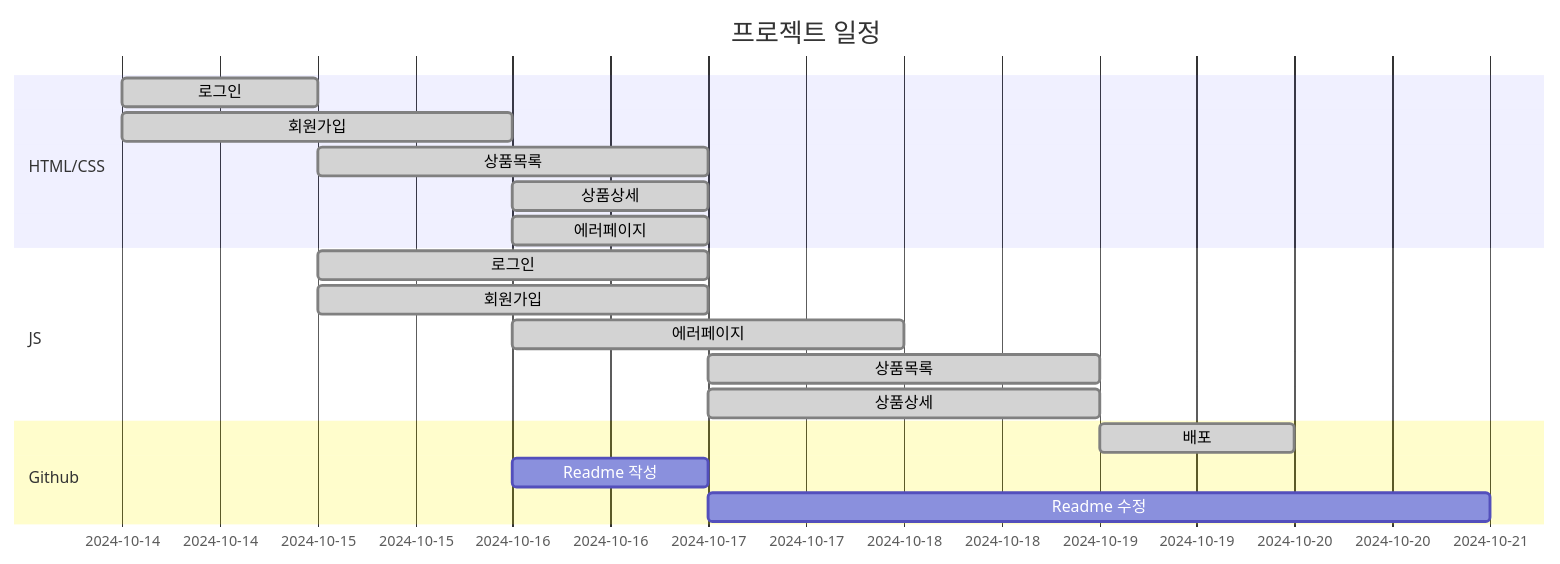
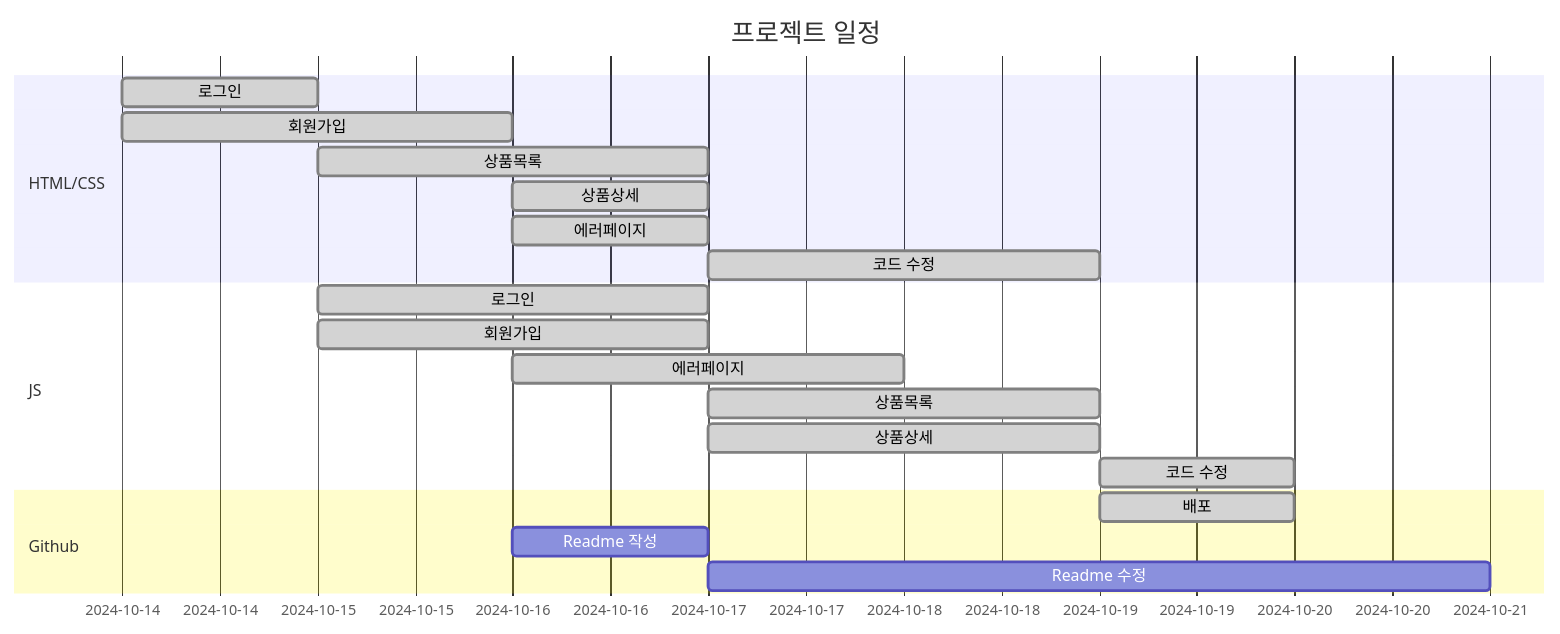
The diagram in README.md (jini0012/Open_market_service), drawn with Mermaid before and after one commit. The commit also changed other lines of this file, not shown here.

````diff
--- a/README.md
+++ b/README.md
@@ -88,22 +87,25 @@
 ```mermaid
 gantt
     title 프로젝트 일정
     dateFormat  YYYY-MM-DD
-    section HTML/CSS
-    로그인     :done, 2024-10-14, 1d
+section HTML/CSS
+    로그인     :done, login1, 2024-10-14, 1d
     회원가입       :done, 2024-10-14, 2d
     상품목록   :done, 2024-10-15, 2d
     상품상세   :done, 2024-10-16, 1d
-    에러페이지   :done, 2024-10-16, 1d
+    에러페이지   :done, error, 2024-10-16, 1d
+    코드 수정  :done, edit , after error, 2d
     section JS
     로그인     :done, 2024-10-15, 2d
     회원가입       :done, 2024-10-15, 2d
     에러페이지   :done, 2024-10-16, 2d
     상품목록   :done, 2024-10-17, 2d
-    상품상세   :done, 2024-10-17, 2d
+    상품상세   :done,goods,  2024-10-17, 2d
+    코드 수정  :done, edit , after goods, 1d
+
 
     section Github
     배포    :done, 2024-10-19, 1d
     Readme 작성  :r1, 2024-10-16, 1d
     Readme 수정  : after r1, 2024-10-17, 4d
 ```
````
